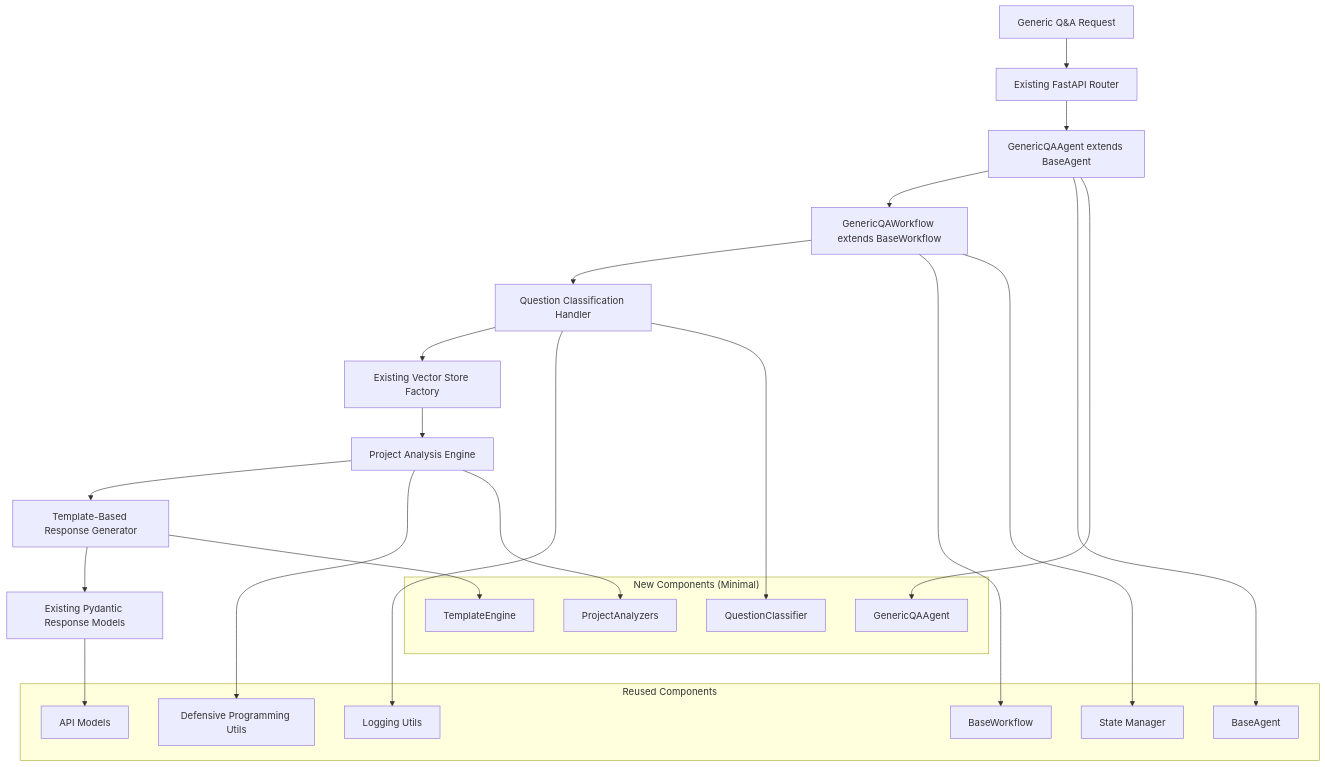
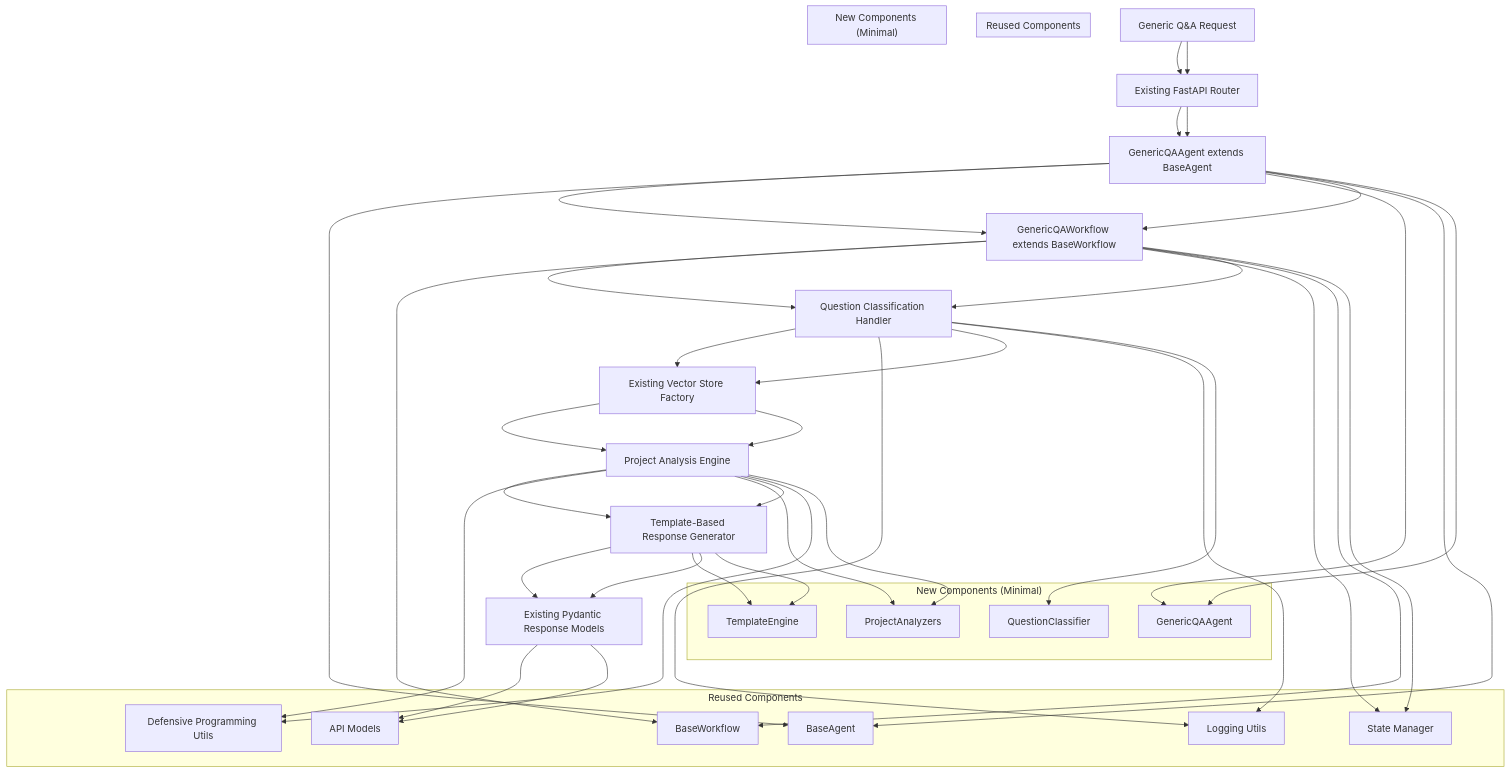
One commit to anhhai680/knowledge-graph-agent changed the diagram in docs/IMPLEMENTATION_PLAN_AI_AGENT_GENERIC_QA.md. Above: the diagram before and after it, drawn with Mermaid.

````diff
--- a/docs/IMPLEMENTATION_PLAN_AI_AGENT_GENERIC_QA.md
+++ b/docs/IMPLEMENTATION_PLAN_AI_AGENT_GENERIC_QA.md
@@ -79,40 +79,76 @@
 ```mermaid
 flowchart TD
     A[Generic Q&A Request] --> B[Existing FastAPI Router]
     B --> C[GenericQAAgent extends BaseAgent]
     C --> D[GenericQAWorkflow extends BaseWorkflow]
     
     D --> E[Question Classification Handler]
     E --> F[Existing Vector Store Factory]
     F --> G[Project Analysis Engine]
     G --> H[Template-Based Response Generator]
     H --> I[Existing Pydantic Response Models]
     
     subgraph "Reused Components"
         J[BaseWorkflow]
         K[BaseAgent] 
         L[State Manager]
         M[Defensive Programming Utils]
         N[Logging Utils]
         O[API Models]
     end
     
     subgraph "New Components (Minimal)"
         P[GenericQAAgent]
         Q[ProjectAnalyzers]
         R[TemplateEngine]
         S[QuestionClassifier]
     end
     
     D --> J
     C --> K
     D --> L
     G --> M
     E --> N
     I --> O
     
     C --> P
     G --> Q
     H --> R
-    E --> S
+  A[Generic Q&A Request] --> B[Existing FastAPI Router]
+  B --> C[GenericQAAgent extends BaseAgent]
+  C --> D[GenericQAWorkflow extends BaseWorkflow]
+  
+  D --> E[Question Classification Handler]
+  E --> F[Existing Vector Store Factory]
+  F --> G[Project Analysis Engine]
+  G --> H[Template-Based Response Generator]
+  H --> I[Existing Pydantic Response Models]
+  
+  subgraph "Reused Components"
+    J[BaseWorkflow]
+    K[BaseAgent] 
+    L[State Manager]
+    M[Defensive Programming Utils]
+    N[Logging Utils]
+    O[API Models]
+  end
+  
+  subgraph "New Components (Minimal)"
+    P[GenericQAAgent]
+    Q[ProjectAnalyzers]
+    R[TemplateEngine]
+    S[QuestionClassifier]
+  end
+  
+  D --> J
+  C --> K
+  D --> L
+  G --> M
+  E --> N
+  I --> O
+  
+  C --> P
+  G --> Q
+  H --> R
+  E --> S
 ```
````
